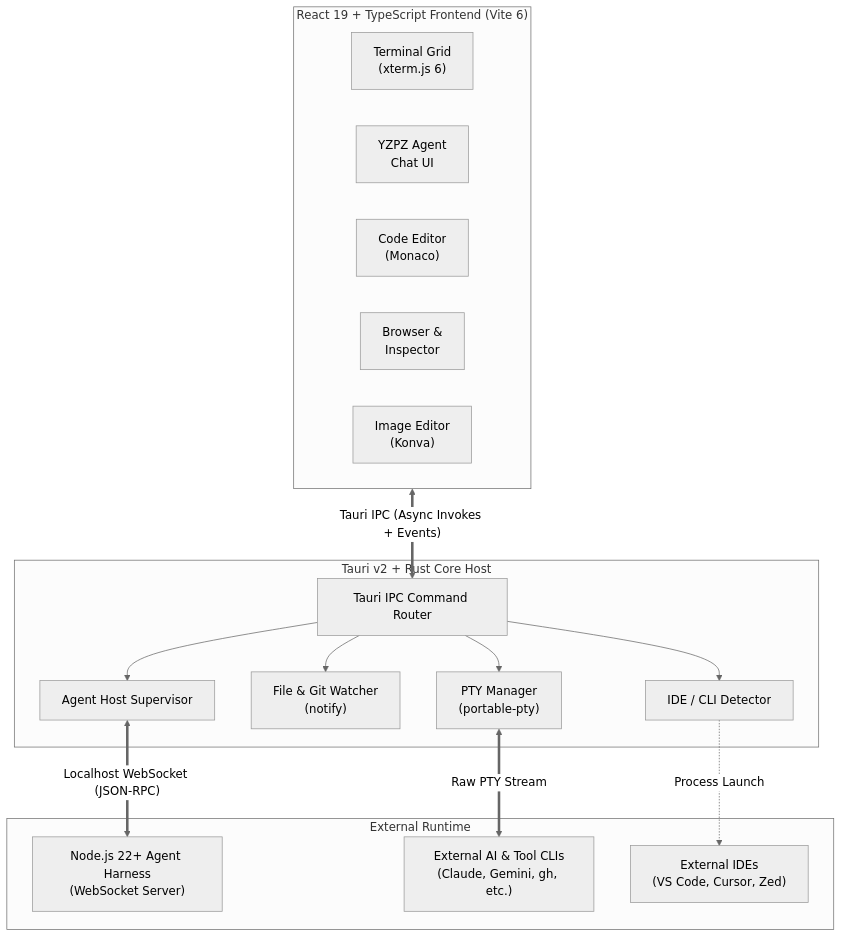
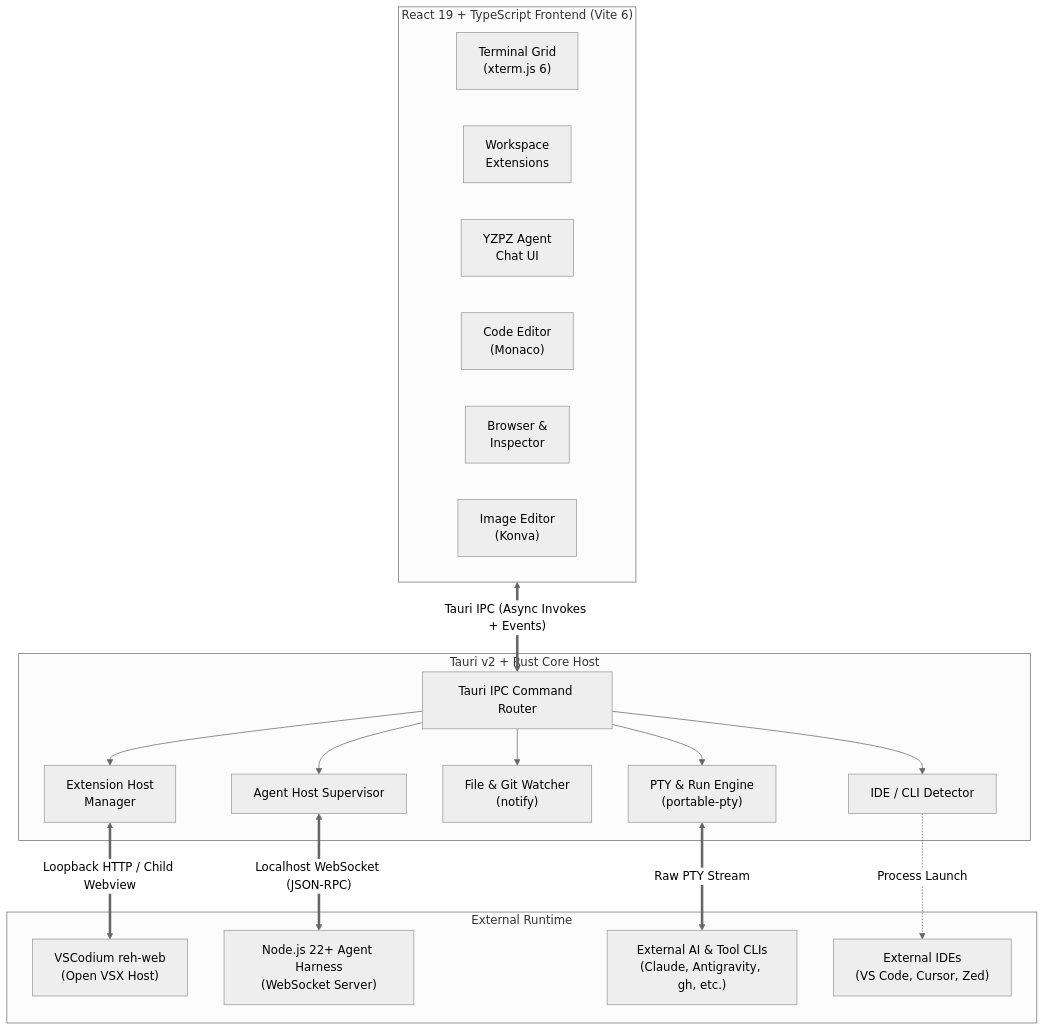
Before and after one commit to wolfenazz/YzPzCode: the diagram in README.md, drawn with Mermaid (neutral theme). The commit also changed other lines of this file and 68 other files, not shown here.

Commit message:
feat: integrate Antigravity CLI and introduce extension host runtime; bump v5.13.0

````diff
--- a/README.md
+++ b/README.md
@@ -222,35 +306,40 @@
 ```mermaid
 flowchart TB
     subgraph Frontend["React 19 + TypeScript Frontend (Vite 6)"]
         direction LR
         UI_Term["Terminal Grid\n(xterm.js 6)"]
+        UI_Ext["Workspace\nExtensions"]
         UI_Agent["YZPZ Agent\nChat UI"]
         UI_Editor["Code Editor\n(Monaco)"]
         UI_Browser["Browser &\nInspector"]
         UI_Image["Image Editor\n(Konva)"]
     end
 
     subgraph TauriHost["Tauri v2 + Rust Core Host"]
         IPC["Tauri IPC Command Router"]
-        PTY["PTY Manager\n(portable-pty)"]
+        PTY["PTY & Run Engine\n(portable-pty)"]
+        ExtHost["Extension Host\nManager"]
         FS["File & Git Watcher\n(notify)"]
         Host["Agent Host Supervisor"]
         DevEnv["IDE / CLI Detector"]
     end
 
     subgraph External["External Runtime"]
+        ExtRuntime["VSCodium reh-web\n(Open VSX Host)"]
         Harness["Node.js 22+ Agent Harness\n(WebSocket Server)"]
-        CLIs["External AI & Tool CLIs\n(Claude, Gemini, gh, etc.)"]
+        CLIs["External AI & Tool CLIs\n(Claude, Antigravity, gh, etc.)"]
         IDEs["External IDEs\n(VS Code, Cursor, Zed)"]
     end
 
     Frontend <==>|"Tauri IPC (Async Invokes + Events)"| IPC
     IPC --> PTY
+    IPC --> ExtHost
     IPC --> FS
     IPC --> Host
     IPC --> DevEnv
 
     PTY <==>|"Raw PTY Stream"| CLIs
+    ExtHost <==>|"Loopback HTTP / Child Webview"| ExtRuntime
     Host <==>|"Localhost WebSocket (JSON-RPC)"| Harness
     DevEnv -.->|"Process Launch"| IDEs
 ```
````
